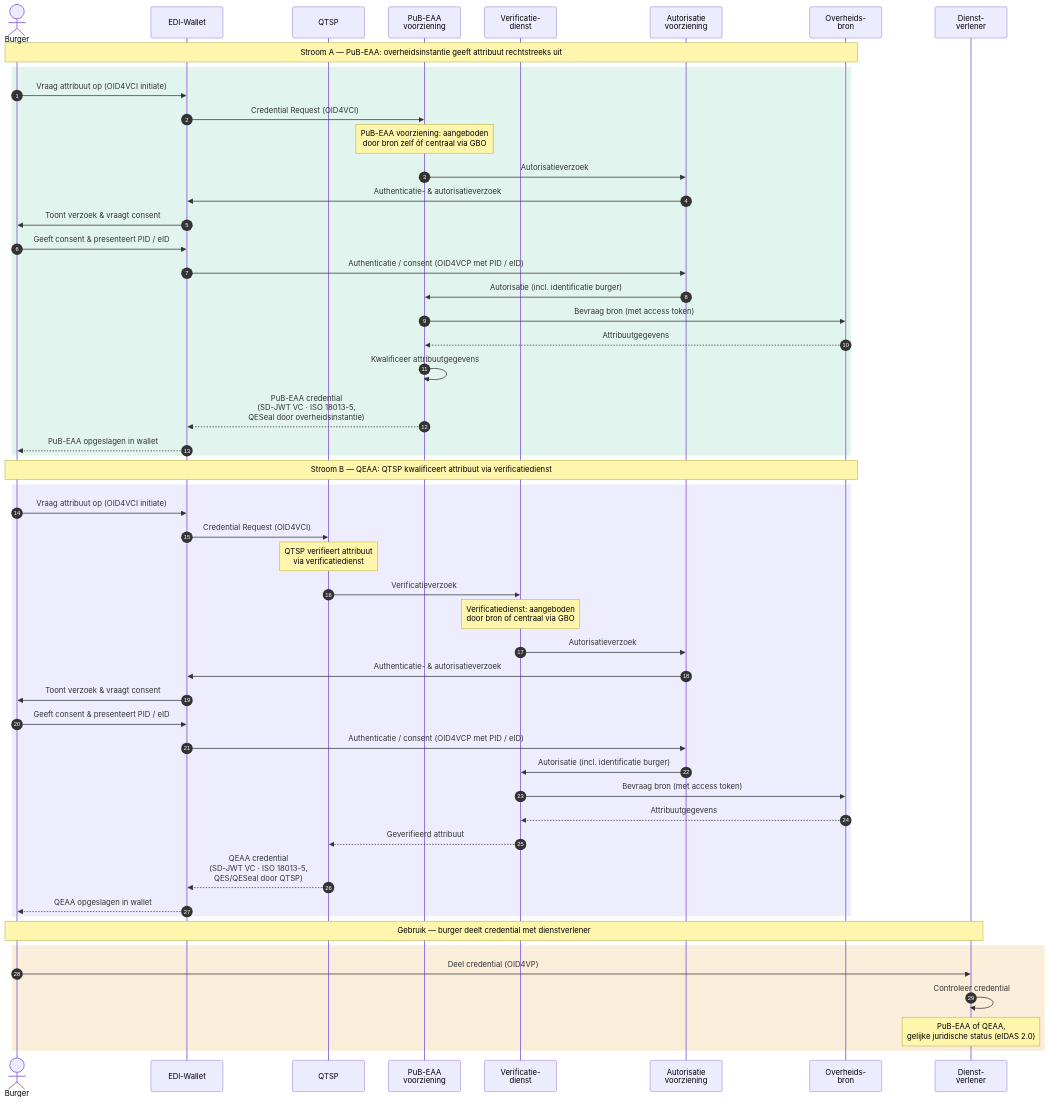
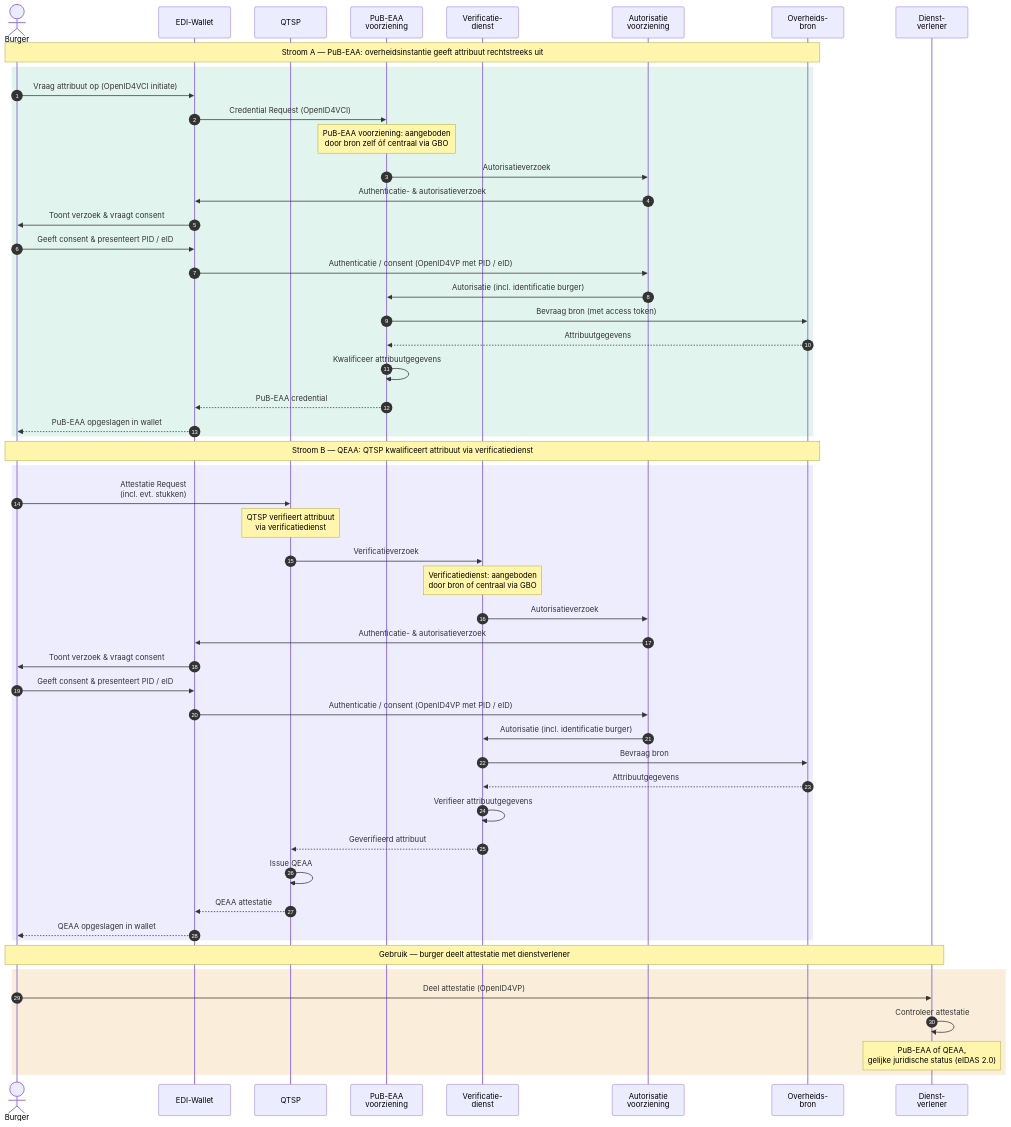
One commit to ICTU/GBO-GO changed the diagram in main/diagrammen/interactiepatroon-EDI-Wallet.mmd. Above: the diagram before and after it, drawn with Mermaid. The commit also changed 8 other files, not shown here.

````diff
--- a/main/diagrammen/interactiepatroon-EDI-Wallet.mmd
+++ b/main/diagrammen/interactiepatroon-EDI-Wallet.mmd
@@ -1,62 +1,63 @@
 ``` mermaid
 
 sequenceDiagram
     autonumber
     actor Burger
     participant Wallet as EDI-Wallet
     participant QTSP as QTSP
     participant PubEAA as PuB-EAA<br/>voorziening
     participant VerifDienst as Verificatie-<br/>dienst
     participant Auth as Autorisatie<br/>voorziening
     participant Bron as Overheids-<br/>bron
     participant DV as Dienst-<br/>verlener
 
     Note over Burger,Bron: Stroom A — PuB-EAA: overheidsinstantie geeft attribuut rechtstreeks uit
 
     rect rgb(225, 245, 238)
-        Burger->>Wallet: Vraag attribuut op (OID4VCI initiate)
-        Wallet->>PubEAA: Credential Request (OID4VCI)
+        Burger->>Wallet: Vraag attribuut op (OpenID4VCI initiate)
+        Wallet->>PubEAA: Credential Request (OpenID4VCI)
         Note over PubEAA: PuB-EAA voorziening: aangeboden<br/>door bron zelf óf centraal via GBO
         PubEAA->>Auth: Autorisatieverzoek
         Auth->>Wallet: Authenticatie- & autorisatieverzoek
         Wallet->>Burger: Toont verzoek & vraagt consent
         Burger->>Wallet: Geeft consent & presenteert PID / eID
-        Wallet->>Auth: Authenticatie / consent (OID4VCP met PID / eID)
+        Wallet->>Auth: Authenticatie / consent (OpenID4VP met PID / eID)
         Auth->>PubEAA: Autorisatie (incl. identificatie burger)
         PubEAA->>Bron: Bevraag bron (met access token)
         Bron-->>PubEAA: Attribuutgegevens
         PubEAA->>PubEAA: Kwalificeer attribuutgegevens
-        PubEAA-->>Wallet: PuB-EAA credential<br/>(SD-JWT VC · ISO 18013-5,<br/>QESeal door overheidsinstantie)
+        PubEAA-->>Wallet: PuB-EAA credential
         Wallet-->>Burger: PuB-EAA opgeslagen in wallet
     end
 
     Note over Burger,Bron: Stroom B — QEAA: QTSP kwalificeert attribuut via verificatiedienst
 
     rect rgb(238, 237, 254)
-        Burger->>Wallet: Vraag attribuut op (OID4VCI initiate)
-        Wallet->>QTSP: Credential Request (OID4VCI)
+        Burger->>QTSP: Attestatie Request<br />(incl. evt. stukken)
         Note over QTSP: QTSP verifieert attribuut<br/>via verificatiedienst
         QTSP->>VerifDienst: Verificatieverzoek
         Note over VerifDienst: Verificatiedienst: aangeboden<br/>door bron of centraal via GBO
         VerifDienst->>Auth: Autorisatieverzoek
         Auth->>Wallet: Authenticatie- & autorisatieverzoek
         Wallet->>Burger: Toont verzoek & vraagt consent
         Burger->>Wallet: Geeft consent & presenteert PID / eID
-        Wallet->>Auth: Authenticatie / consent (OID4VCP met PID / eID)
+        Wallet->>Auth: Authenticatie / consent (OpenID4VP met PID / eID)
         Auth->>VerifDienst: Autorisatie (incl. identificatie burger)
-        VerifDienst->>Bron: Bevraag bron (met access token)
+        VerifDienst->>Bron: Bevraag bron
         Bron-->>VerifDienst: Attribuutgegevens
+        VerifDienst->>VerifDienst: Verifieer attribuutgegevens
         VerifDienst-->>QTSP: Geverifieerd attribuut
-        QTSP-->>Wallet: QEAA credential<br/>(SD-JWT VC · ISO 18013-5,<br/>QES/QESeal door QTSP)
+        QTSP->>QTSP: Issue QEAA
+        QTSP-->>Wallet: QEAA attestatie
         Wallet-->>Burger: QEAA opgeslagen in wallet
     end
 
-    Note over Burger,DV: Gebruik — burger deelt credential met dienstverlener
+    Note over Burger,DV: Gebruik — burger deelt attestatie met dienstverlener
 
     rect rgb(250, 238, 218)
-        Burger->>DV: Deel credential (OID4VP)
-        DV->>DV: Controleer credential
+        Burger->>DV: Deel attestatie (OpenID4VP)
+        DV->>DV: Controleer attestatie
         Note over DV: PuB-EAA of QEAA,<br/>gelijke juridische status (eIDAS 2.0)
     end
 
 ```
````
